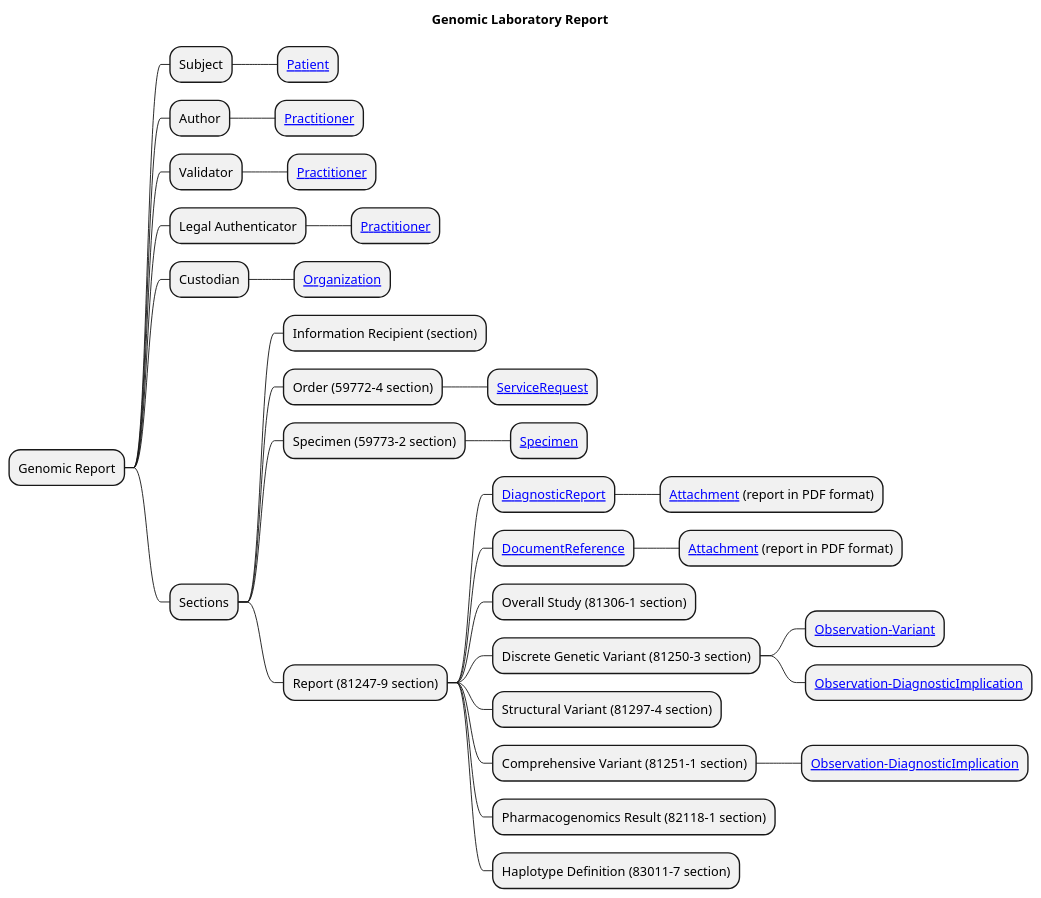
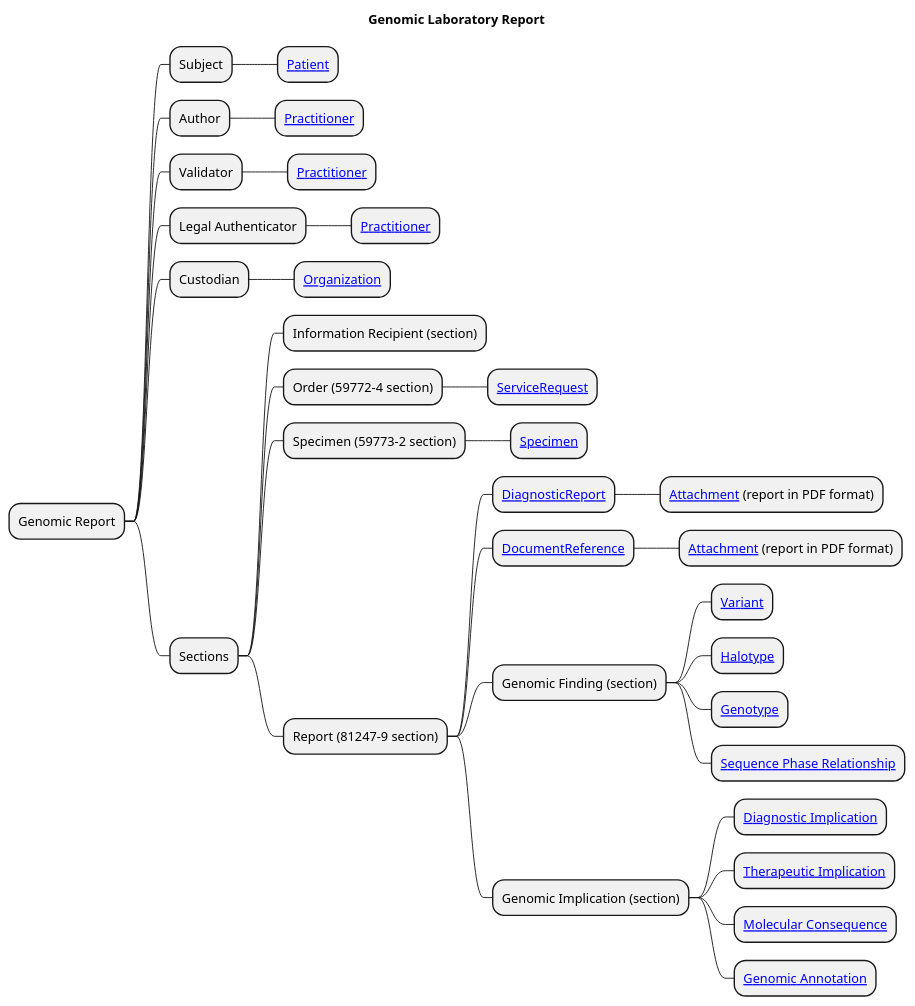
The diagram in input/images-source/LaboratoryReport-mindmap.plantuml (nw-gmsa/nw-gmsa.github.com), drawn with PlantUML before and after one commit. The commit also changed 1 other file, not shown here.

Commit message:
Lab Report mindmap

```diff
--- a/input/images-source/LaboratoryReport-mindmap.plantuml
+++ b/input/images-source/LaboratoryReport-mindmap.plantuml
@@ -1,38 +1,38 @@
 @startmindmap
 
 title "Genomic Laboratory Report"
 
 * Genomic Report
 ** Subject
 *** [[StructureDefinition-Patient.html Patient]]
 ** Author
 *** [[StructureDefinition-Practitioner.html Practitioner]]
 ** Validator
 *** [[StructureDefinition-Practitioner.html Practitioner]]
 ** Legal Authenticator
 *** [[StructureDefinition-Practitioner.html Practitioner]]
 ** Custodian
 *** [[StructureDefinition-Organization.html Organization]]
 ** Sections
 *** Information Recipient (section)
 *** Order (59772-4 section)
 **** [[StructureDefinition-ServiceRequest.html ServiceRequest]]
 *** Specimen (59773-2 section)
 **** [[StructureDefinition-Specimen.html Specimen]]
 *** Report (81247-9 section)
 **** [[StructureDefinition-DiagnosticReport.html DiagnosticReport]]
 ***** [[StructureDefinition-NWAttachment.html Attachment]] (report in PDF format)
 **** [[StructureDefinition-DocumentReference.html DocumentReference]]
 ***** [[StructureDefinition-NWAttachment.html Attachment]] (report in PDF format)
-**** Overall Study (81306-1 section)
-**** Discrete Genetic Variant (81250-3 section)
-***** [[StructureDefinition-Observation-Variant.html Observation-Variant]]
-***** [[StructureDefinition-Observation-DiagnosticImplication.html Observation-DiagnosticImplication]]
-**** Structural Variant (81297-4 section)
-**** Comprehensive Variant (81251-1 section)
-***** [[StructureDefinition-Observation-DiagnosticImplication.html Observation-DiagnosticImplication]]
-**** Pharmacogenomics Result (82118-1 section)
-**** Haplotype Definition (83011-7 section)
-
+**** Genomic Finding (section)
+***** [[StructureDefinition-Observation-Variant.html Variant]]
+***** [[http://hl7.org/fhir/uv/genomics-reporting/StructureDefinition/haplotype Halotype]]
+***** [[https://build.fhir.org/ig/HL7/genomics-reporting/StructureDefinition-genotype.html Genotype]]
+***** [[http://hl7.org/fhir/uv/genomics-reporting/StructureDefinition/sequence-phase-relationship Sequence Phase Relationship]]
+**** Genomic Implication (section)
+***** [[StructureDefinition-Observation-DiagnosticImplication.html Diagnostic Implication]]
+***** [[StructureDefinition-Observation-TherapeuticImplication.html Therapeutic Implication]]
+***** [[https://build.fhir.org/ig/HL7/genomics-reporting/StructureDefinition-molecular-consequence.html Molecular Consequence]]
+***** [[https://build.fhir.org/ig/HL7/genomics-reporting/StructureDefinition-genomic-annotation.html Genomic Annotation]]
 
 @endmindmap
```
